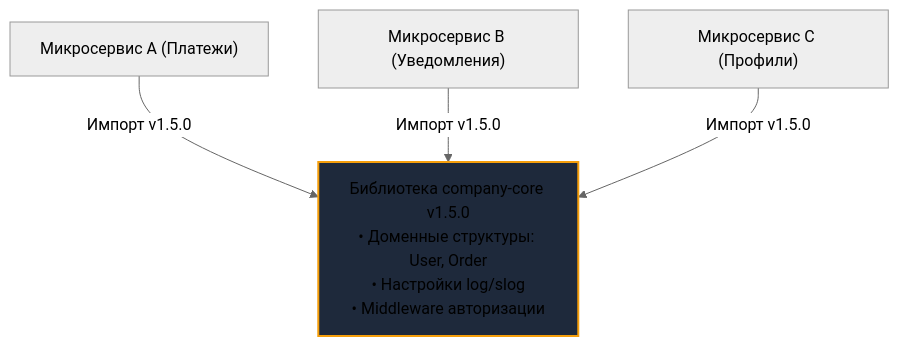
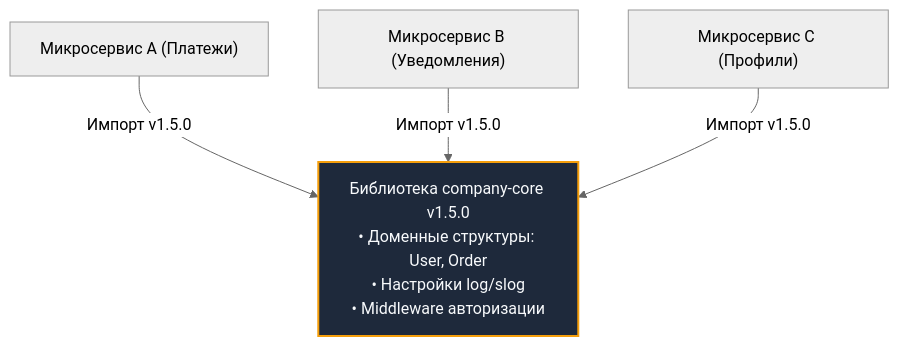
Before and after one commit to UnrealTemplier/go-textbook: the first of 4 diagrams in sources/14. Распределенные системы на Go/08. Практика/2. Shared libraries vs copy paste.md, drawn with Mermaid (neutral theme). The commit also changed other lines of this file and 310 other files, not shown here.

First line of the commit message:
fix(mermaid): replace light fill colors with dark palette for readability on dark theme

````diff
--- a/sources/14. Распределенные системы на Go/08. Практика/2. Shared libraries vs copy paste.md
+++ b/sources/14. Распределенные системы на Go/08. Практика/2. Shared libraries vs copy paste.md
@@ -22,10 +22,10 @@
 ```mermaid
 flowchart TD
     Core["Библиотека company-core v1.5.0\n• Доменные структуры: User, Order\n• Настройки log/slog\n• Middleware авторизации"]
 
     ServiceA["Микросервис A (Платежи)"] -->|"Импорт v1.5.0"| Core
     ServiceB["Микросервис B (Уведомления)"] -->|"Импорт v1.5.0"| Core
     ServiceC["Микросервис C (Профили)"] -->|"Импорт v1.5.0"| Core
 
-    style Core fill:#1e293b,stroke:#f59e0b,stroke-width:2px
+    style Core fill:#1e293b,stroke:#f59e0b,stroke-width:2px,color:#f8fafc
 ```
````
